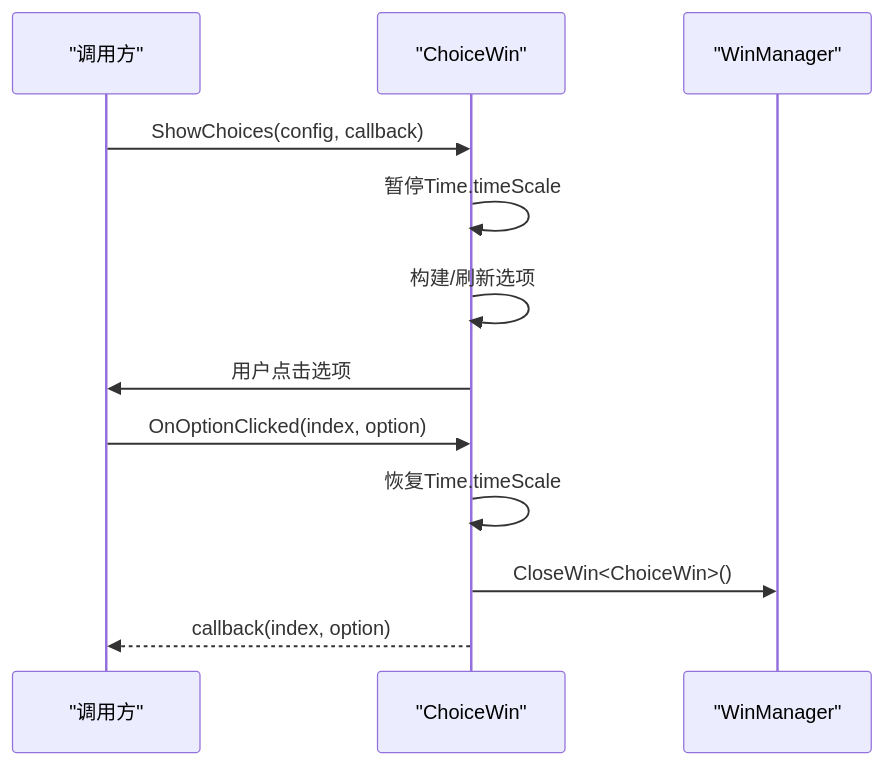
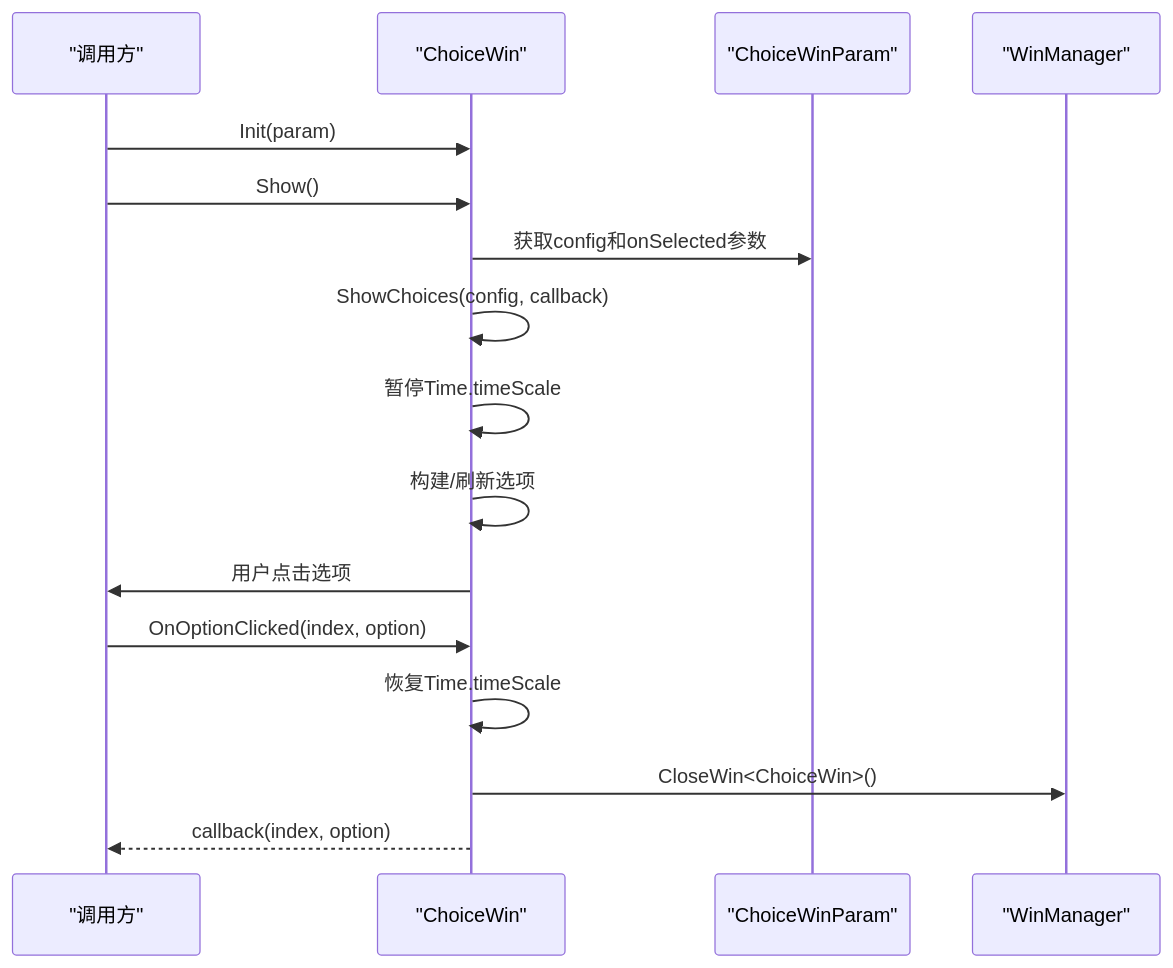
The seventh of 9 diagrams in .qoder/repowiki/zh/content/用户界面系统/窗口管理系统.md (Tuusen/p1_client), drawn with Mermaid before and after one commit. The commit also changed other lines of this file and 21 other files, not shown here.

````diff
--- a/.qoder/repowiki/zh/content/用户界面系统/窗口管理系统.md
+++ b/.qoder/repowiki/zh/content/用户界面系统/窗口管理系统.md
@@ -331,14 +367,18 @@
 ```mermaid
 sequenceDiagram
 participant Caller as "调用方"
 participant Choice as "ChoiceWin"
+participant Param as "ChoiceWinParam"
 participant WM as "WinManager"
-Caller->>Choice : ShowChoices(config, callback)
+Caller->>Choice : Init(param)
+Caller->>Choice : Show()
+Choice->>Param : 获取config和onSelected参数
+Choice->>Choice : ShowChoices(config, callback)
 Choice->>Choice : 暂停Time.timeScale
 Choice->>Choice : 构建/刷新选项
 Choice->>Caller : 用户点击选项
 Caller->>Choice : OnOptionClicked(index, option)
 Choice->>Choice : 恢复Time.timeScale
 Choice->>WM : CloseWin<ChoiceWin>()
 Choice-->>Caller : callback(index, option)
 ```
````
